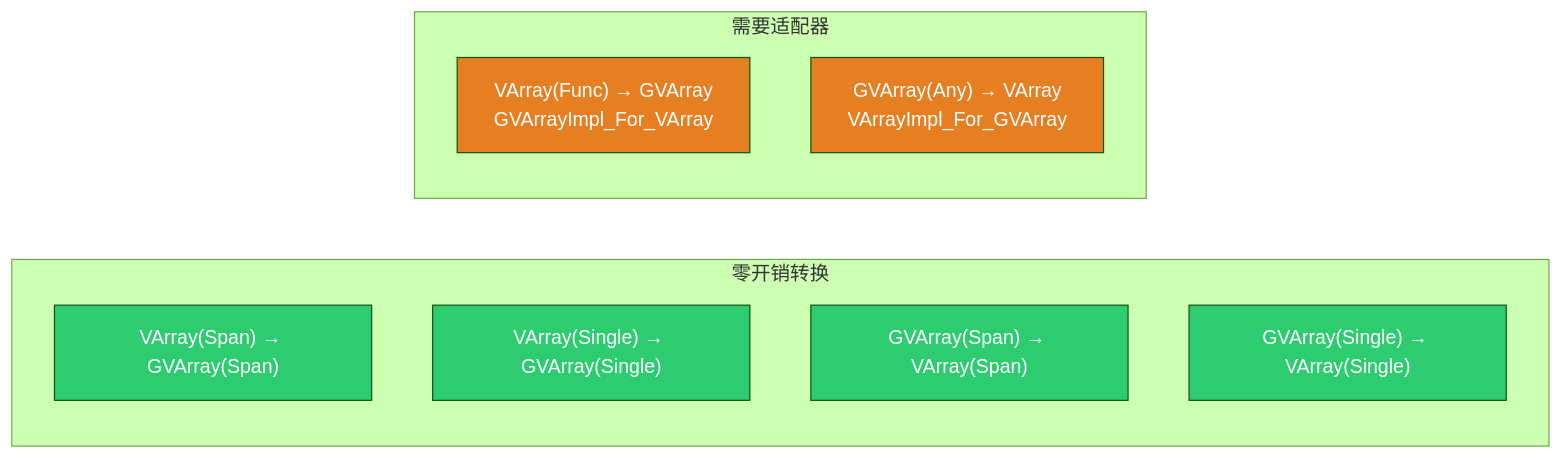
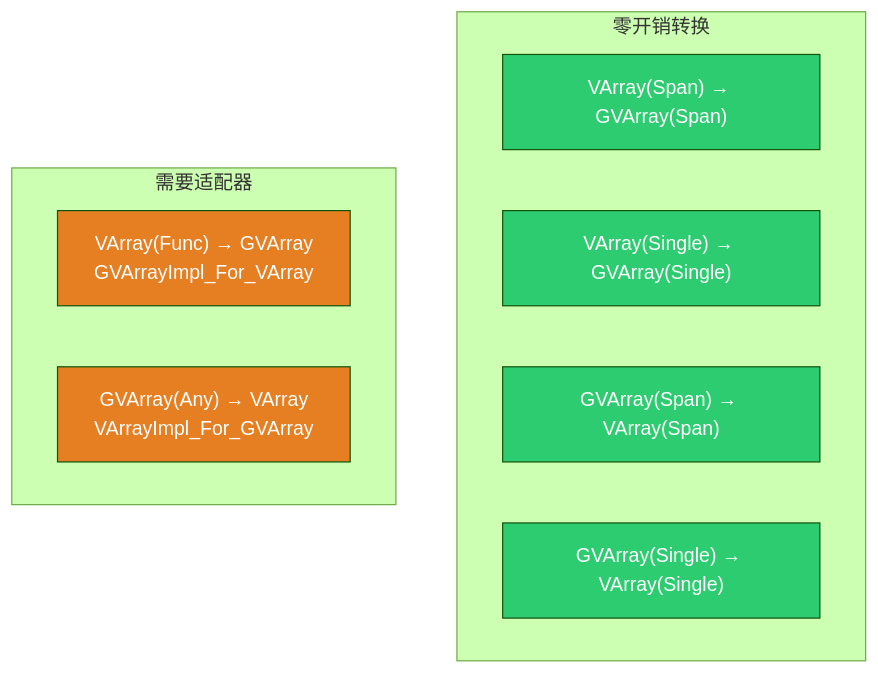
Before and after one commit to yunkezengren/blender-.vscode: the tenth of 15 diagrams in 杂/markdown/基础库/11_VArray_GVArray.md, drawn with Mermaid (forest theme). The commit also changed other lines of this file and 2 other files, not shown here.

````diff
--- a/杂/markdown/基础库/11_VArray_GVArray.md
+++ b/杂/markdown/基础库/11_VArray_GVArray.md
@@ -716,21 +767,21 @@
 ```mermaid
-flowchart LR
+flowchart TD
     subgraph "零开销转换"
         Z1["VArray(Span) → GVArray(Span)"]
         Z2["VArray(Single) → GVArray(Single)"]
         Z3["GVArray(Span) → VArray(Span)"]
         Z4["GVArray(Single) → VArray(Single)"]
     end
 
     subgraph "需要适配器"
         A1["VArray(Func) → GVArray<br/>GVArrayImpl_For_VArray"]
         A2["GVArray(Any) → VArray<br/>VArrayImpl_For_GVArray"]
     end
 
     style Z1 fill:#2ecc71,color:#fff
     style Z2 fill:#2ecc71,color:#fff
     style Z3 fill:#2ecc71,color:#fff
     style Z4 fill:#2ecc71,color:#fff
     style A1 fill:#e67e22,color:#fff
     style A2 fill:#e67e22,color:#fff
 ```
````
